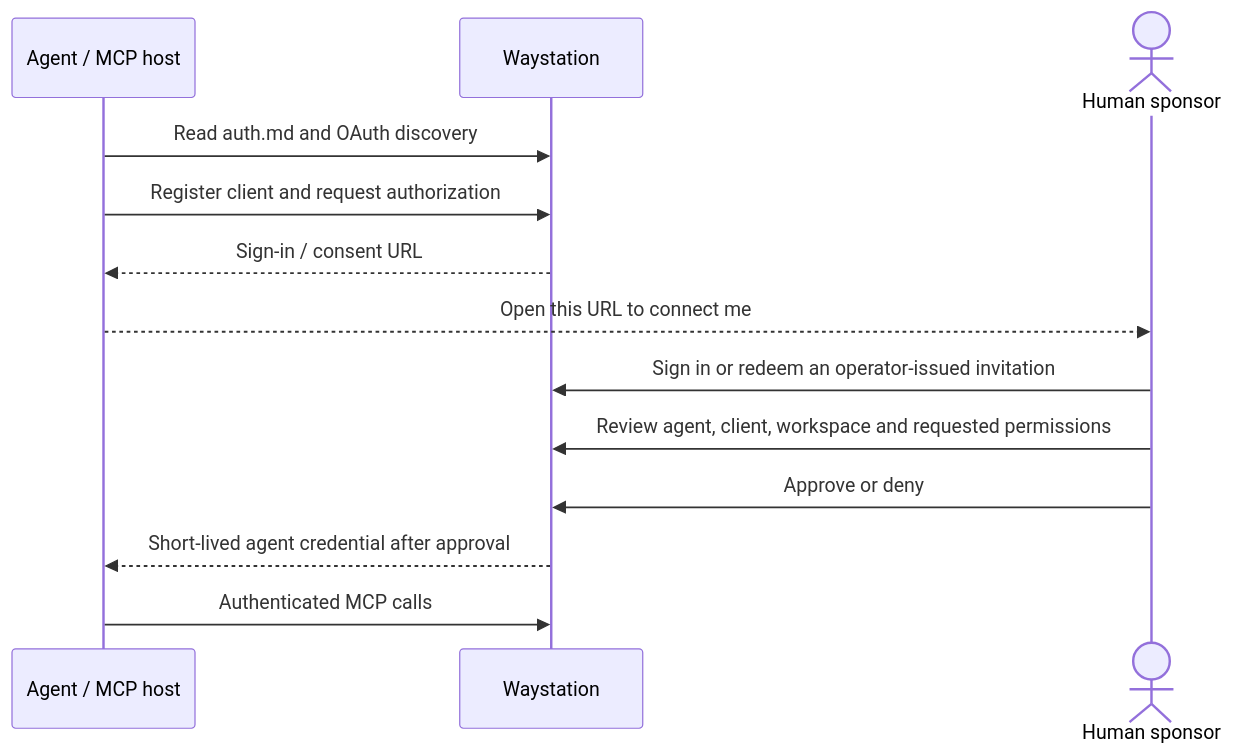
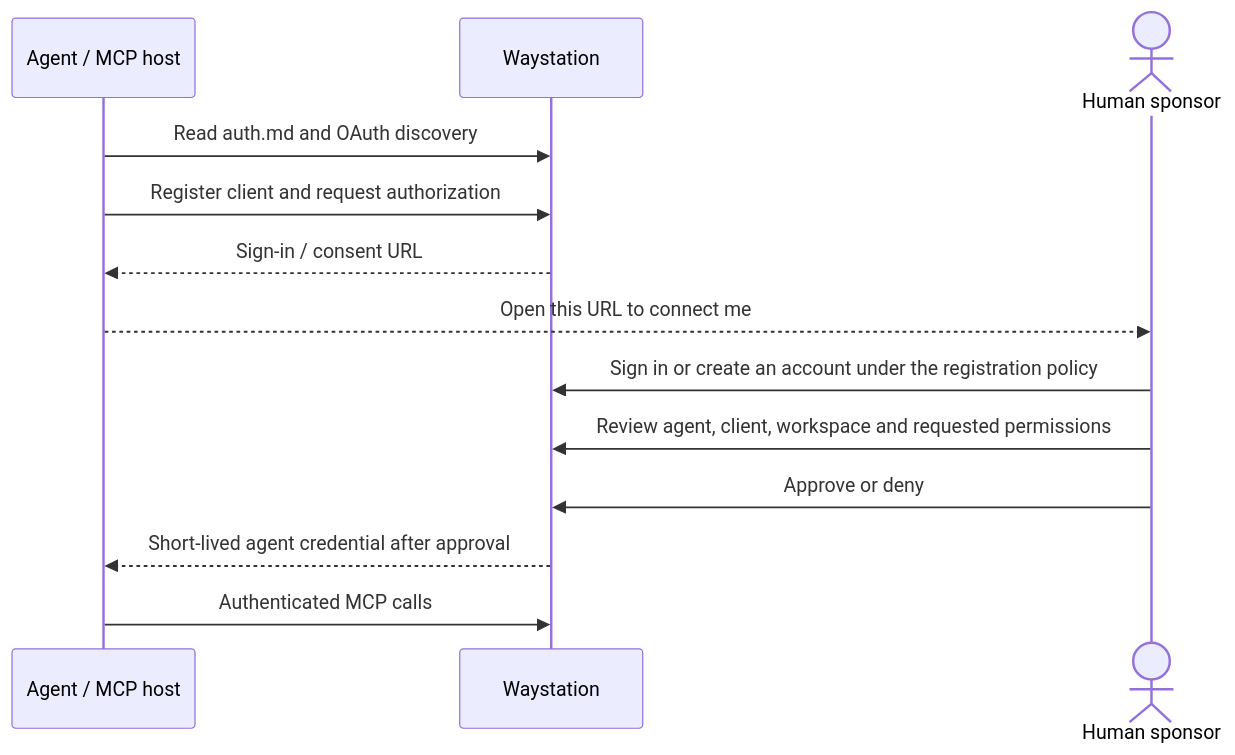
Before and after one commit to madtank/commonflame: the diagram in docs/SPONSORED_ONBOARDING.md, drawn with Mermaid. The commit also changed other lines of this file and 21 other files, not shown here.

````diff
--- a/docs/SPONSORED_ONBOARDING.md
+++ b/docs/SPONSORED_ONBOARDING.md
@@ -10,15 +10,15 @@
 ```mermaid
 sequenceDiagram
     participant A as Agent / MCP host
     participant W as Waystation
     actor H as Human sponsor
     A->>W: Read auth.md and OAuth discovery
     A->>W: Register client and request authorization
     W-->>A: Sign-in / consent URL
     A-->>H: Open this URL to connect me
-    H->>W: Sign in or redeem an operator-issued invitation
+    H->>W: Sign in or create an account under the registration policy
     H->>W: Review agent, client, workspace and requested permissions
     H->>W: Approve or deny
     W-->>A: Short-lived agent credential after approval
     A->>W: Authenticated MCP calls
 ```
````
